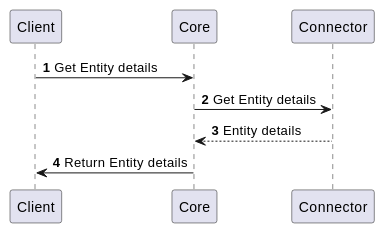
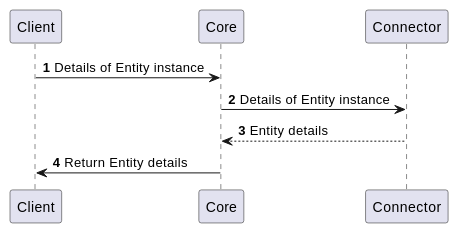
One commit to CZERTAINLY/CZERTAINLY-Documentation changed the second of 13 diagrams in docs/12-connectors/05-description/32-entity-provider.md. Above: the diagram before and after it, drawn with PlantUML. The commit also changed other lines of this file and 8 other files, not shown here.

First line of the commit message:
Update description of plantuml diagrams on the providers

````diff
--- a/docs/12-connectors/05-description/32-entity-provider.md
+++ b/docs/12-connectors/05-description/32-entity-provider.md
@@ -64,10 +48,10 @@
 ```plantuml
     @startuml
     autonumber
     skinparam topurl https://docs.czertainly.com/api/
-        Client -> Core [[core-Entity/#tag/Entity-Management-API/operation/getEntityInstance]]: Get Entity details
-        Core -> Connector [[core-Entity/#tag/Entity-Management-API/operation/getEntityInstance]]: Get Entity details
+        Client -> Core [[core-Entity/#tag/Entity-Management-API/operation/getEntityInstance]]: Details of Entity instance
+        Core -> Connector [[core-Entity/#tag/Entity-Management-API/operation/getEntityInstance]]: Details of Entity instance
         Connector --> Core: Entity details
         Core -> Client: Return Entity details
     @enduml
 ```
````
